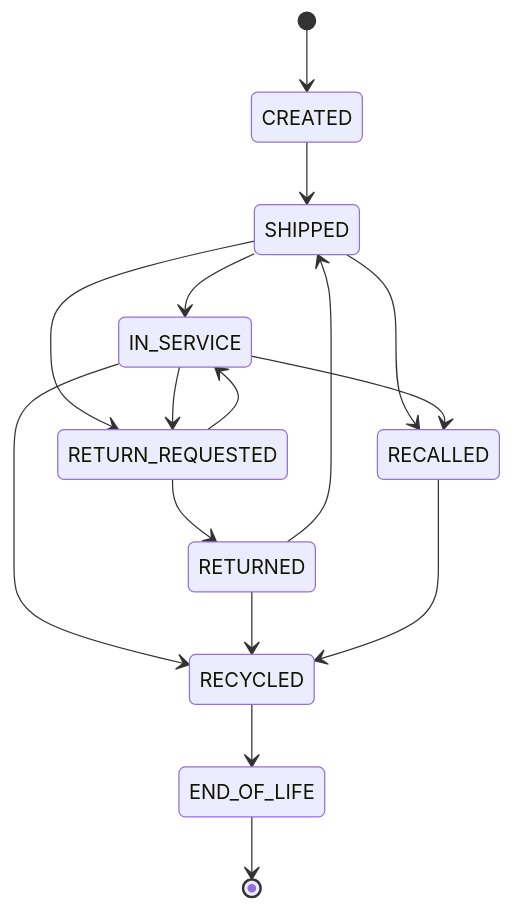
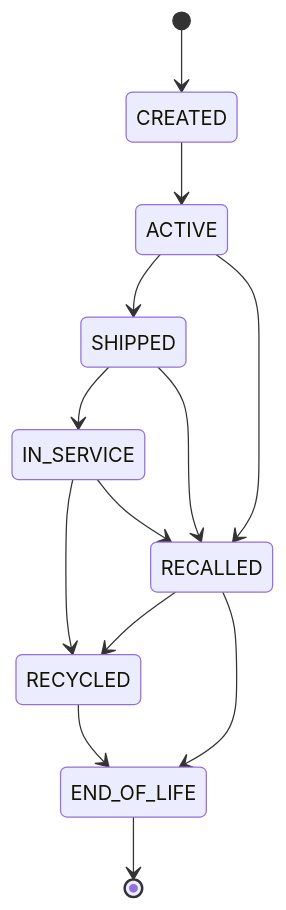
Before and after one commit to justnikee/export-ready-battery: the sixth of 7 diagrams in docs/COMPLETE_FEATURES_DOCUMENTATION.md, drawn with Mermaid. The commit also changed other lines of this file and 153 other files, not shown here.

````diff
--- a/docs/COMPLETE_FEATURES_DOCUMENTATION.md
+++ b/docs/COMPLETE_FEATURES_DOCUMENTATION.md
@@ -800,18 +805,15 @@
 ```mermaid
 stateDiagram-v2
     [*] --> CREATED
-    CREATED --> SHIPPED
+    CREATED --> ACTIVE
+    ACTIVE --> SHIPPED
+    ACTIVE --> RECALLED
     SHIPPED --> IN_SERVICE
-    SHIPPED --> RETURN_REQUESTED
     SHIPPED --> RECALLED
-    IN_SERVICE --> RETURN_REQUESTED
+    IN_SERVICE --> RECYCLED
     IN_SERVICE --> RECALLED
-    IN_SERVICE --> RECYCLED
-    RETURN_REQUESTED --> RETURNED
-    RETURN_REQUESTED --> IN_SERVICE
-    RETURNED --> RECYCLED
-    RETURNED --> SHIPPED
     RECALLED --> RECYCLED
+    RECALLED --> END_OF_LIFE
     RECYCLED --> END_OF_LIFE
     END_OF_LIFE --> [*]
 ```
````
